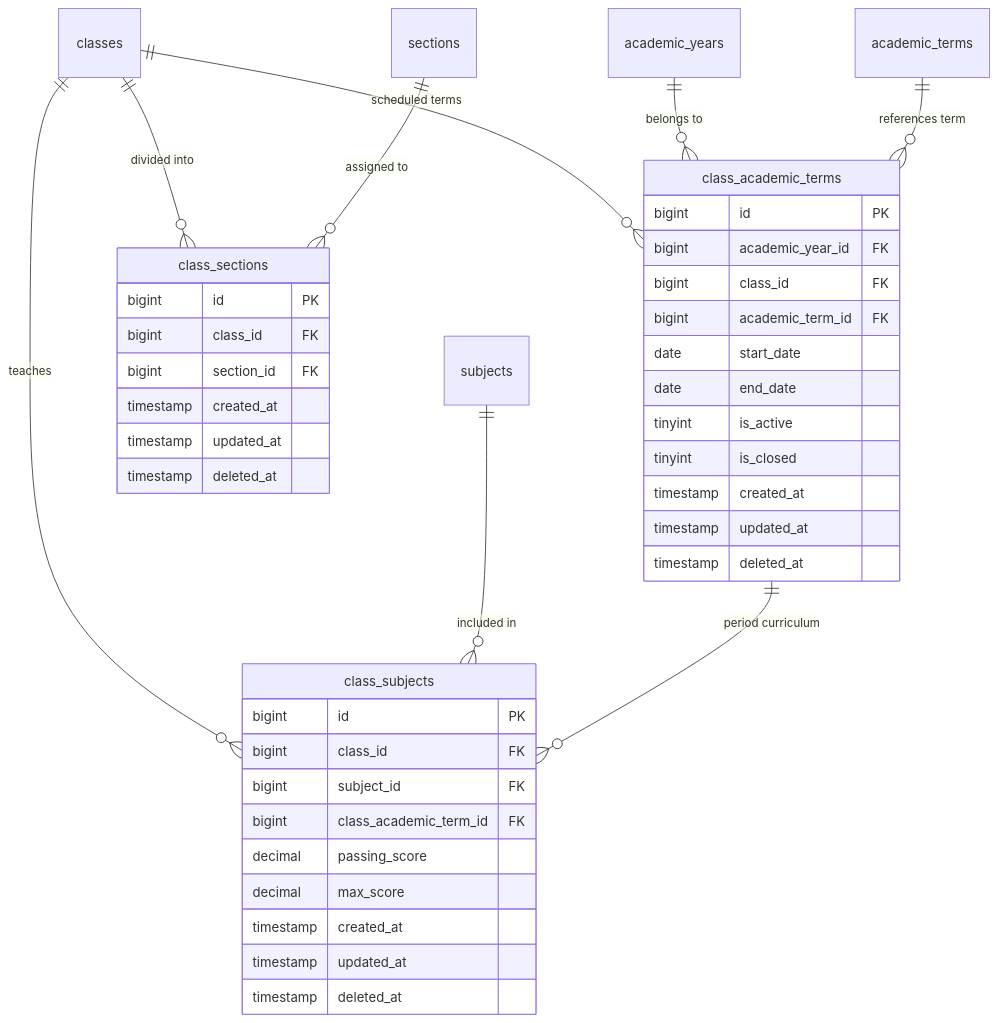
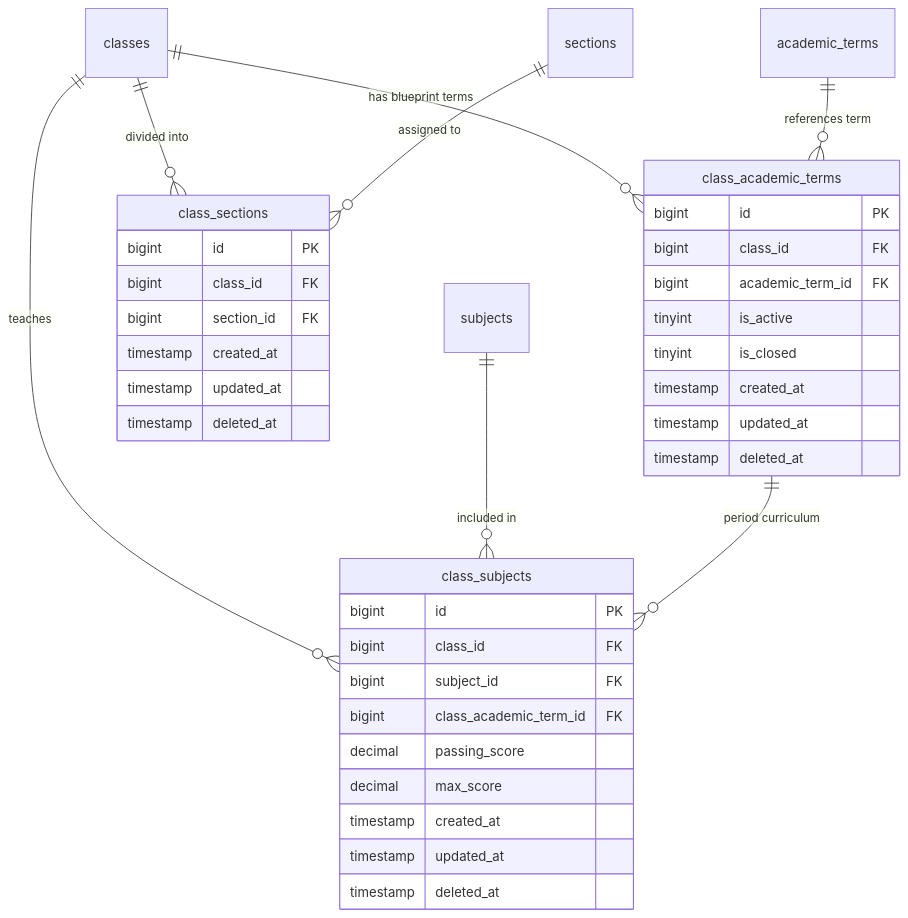
One commit to alalemusa98-ctrl/Taqniya-SMS changed the diagram in MD/phases/phase_02_academic_structure_c/data.md. Above: the diagram before and after it, drawn with Mermaid. The commit also changed other lines of this file and 8 other files, not shown here.

````diff
--- a/MD/phases/phase_02_academic_structure_c/data.md
+++ b/MD/phases/phase_02_academic_structure_c/data.md
@@ -133,46 +127,42 @@
 ```mermaid
 erDiagram
-    classes ||--o{ class_academic_terms : "scheduled terms"
-    academic_years ||--o{ class_academic_terms : "belongs to"
+    classes ||--o{ class_academic_terms : "has blueprint terms"
     academic_terms ||--o{ class_academic_terms : "references term"
     classes ||--o{ class_sections : "divided into"
     sections ||--o{ class_sections : "assigned to"
     classes ||--o{ class_subjects : "teaches"
     subjects ||--o{ class_subjects : "included in"
     class_academic_terms ||--o{ class_subjects : "period curriculum"
 
     class_academic_terms {
         bigint id PK
-        bigint academic_year_id FK
         bigint class_id FK
         bigint academic_term_id FK
-        date start_date
-        date end_date
         tinyint is_active
         tinyint is_closed
         timestamp created_at
         timestamp updated_at
         timestamp deleted_at
     }
 
     class_sections {
         bigint id PK
         bigint class_id FK
         bigint section_id FK
         timestamp created_at
         timestamp updated_at
         timestamp deleted_at
     }
 
     class_subjects {
         bigint id PK
         bigint class_id FK
         bigint subject_id FK
         bigint class_academic_term_id FK
         decimal passing_score
         decimal max_score
         timestamp created_at
         timestamp updated_at
         timestamp deleted_at
     }
 ```
````
